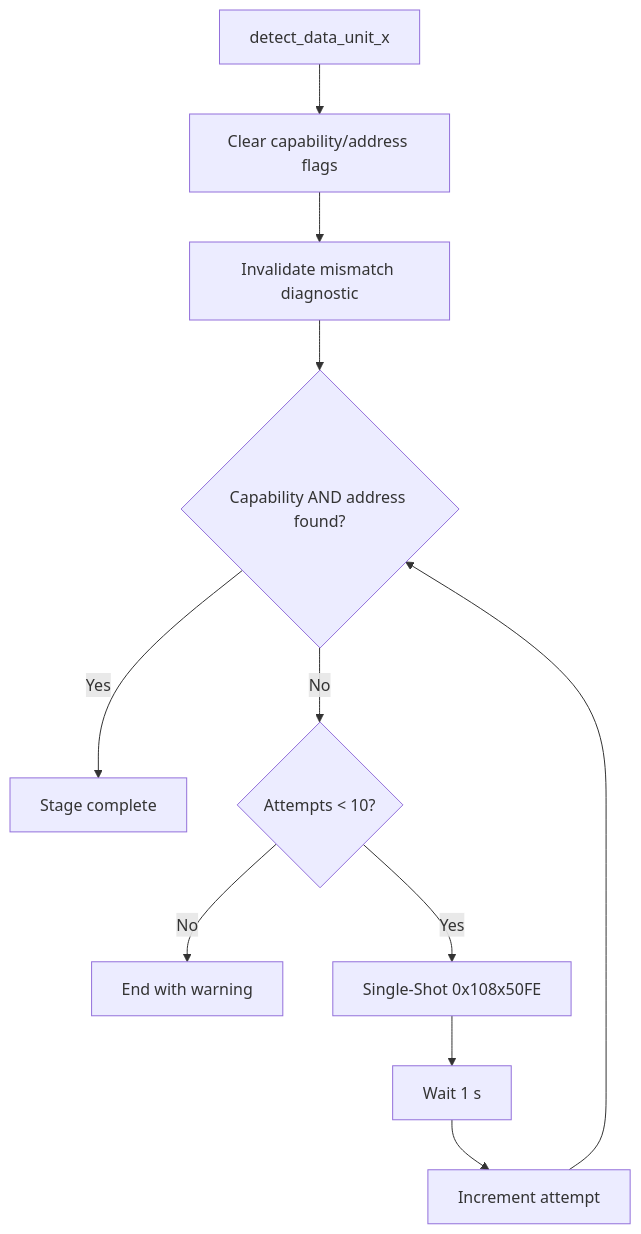
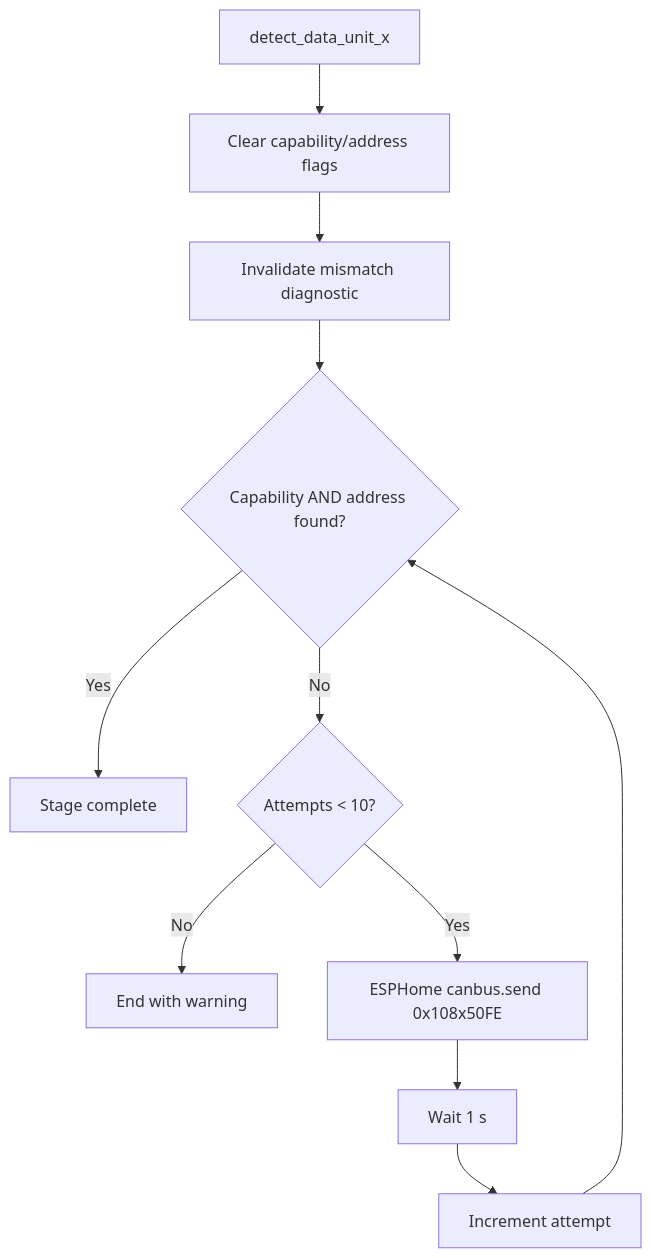
Before and after one commit to anwa/esphome-r4875g1-3phase-charger: the ninth of 20 diagrams in R4875G1_CONTROL_FLOWS.md, drawn with Mermaid. The commit also changed other lines of this file, not shown here.

Commit message:
Align control flows with stable CAN baseline

````diff
--- a/R4875G1_CONTROL_FLOWS.md
+++ b/R4875G1_CONTROL_FLOWS.md
@@ -278,13 +277,13 @@
 ```mermaid
 flowchart TD
     A[detect_data_unit_x] --> B[Clear capability/address flags]
     B --> C[Invalidate mismatch diagnostic]
     C --> D{Capability AND address found?}
     D -- Yes --> OK[Stage complete]
     D -- No --> E{Attempts < 10?}
     E -- No --> FAIL[End with warning]
-    E -- Yes --> F[Single-Shot 0x108x50FE]
+    E -- Yes --> F[ESPHome canbus.send 0x108x50FE]
     F --> G[Wait 1 s]
     G --> H[Increment attempt]
     H --> D
 ```
````
